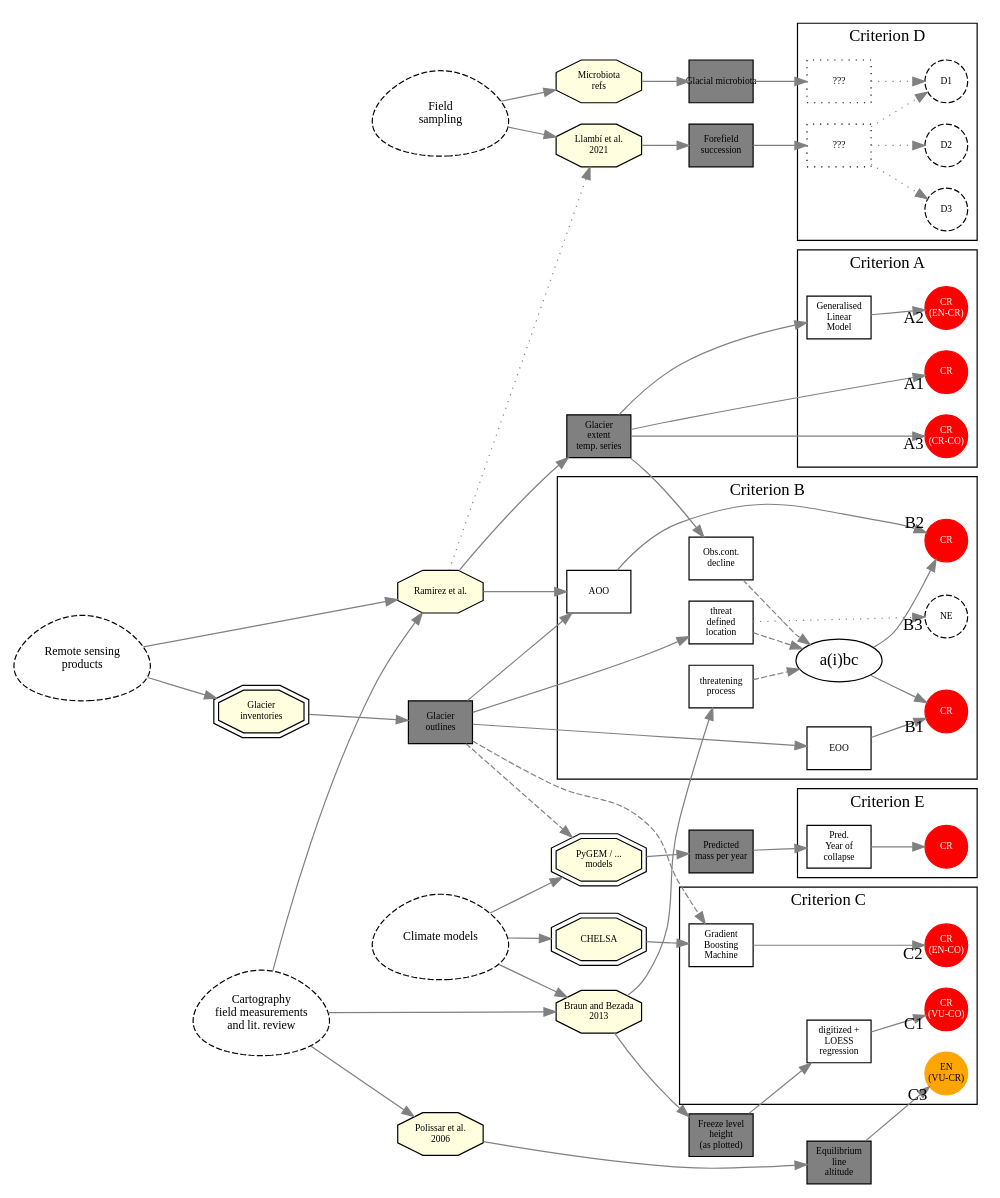
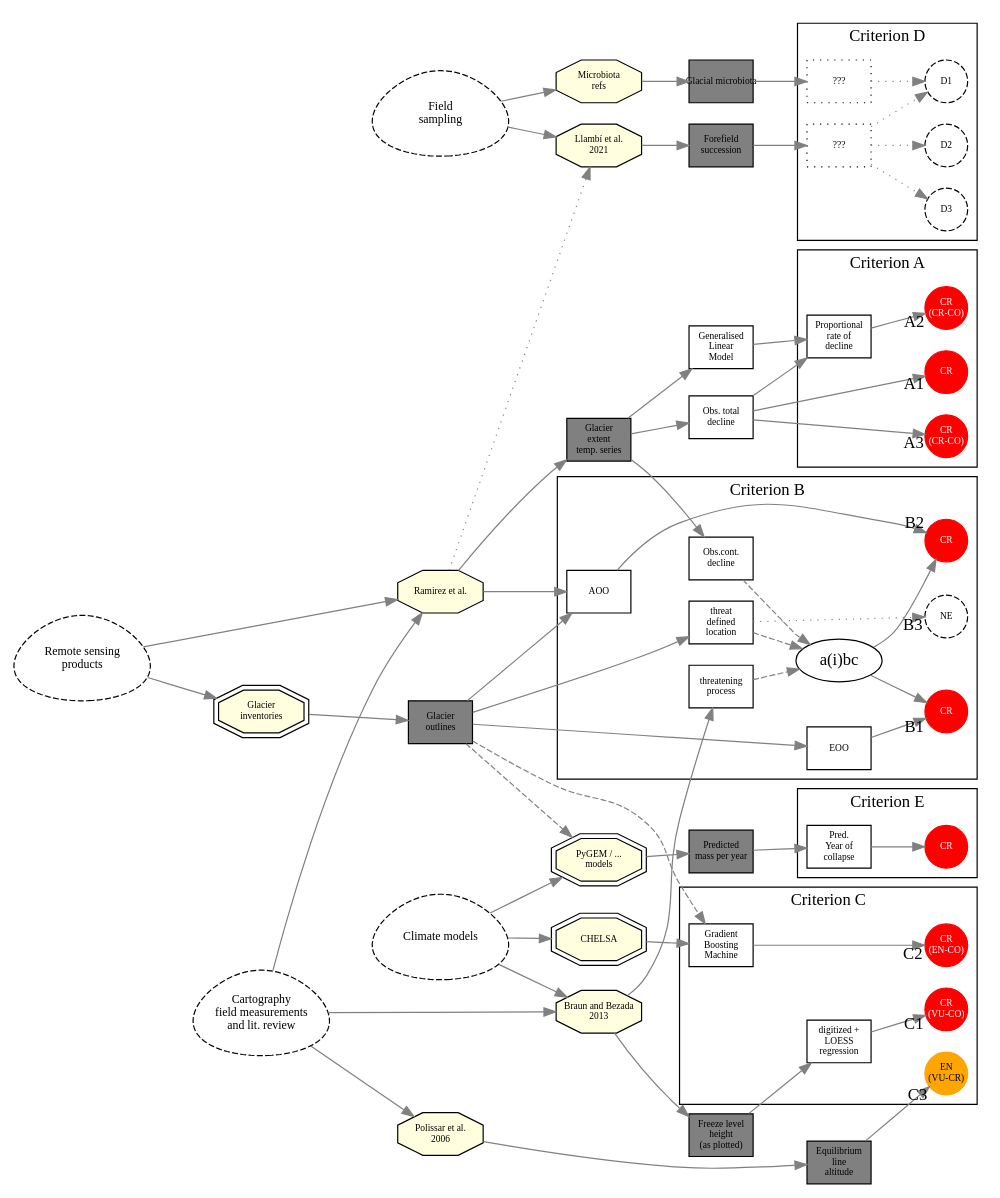
One commit to red-list-ecosystem/T6.1-SA-01-VE-01-Cordillera-Merida changed the diagram in assets/Data-sources-Venezuela.gv. Above: the diagram before and after it, drawn with Graphviz. The commit also changed 1 other file, not shown here.

```diff
--- a/assets/Data-sources-Venezuela.gv
+++ b/assets/Data-sources-Venezuela.gv
@@ -1,127 +1,130 @@
 digraph G {
     compound=true; #nodesep=1.0;
     newrank=true;
     rankdir=LR;
     #layout=twopi;
   edge [color="grey"]
     { node [ shape=octagon fontsize=8 fixedsize=true fillcolor=lightyellow style=filled width=1]
         PUB1 [label="Ramirez et al.\n"]
         PUB3 [label="Braun and Bezada\n2013"]
         PUB4 [label="Polissar et al.\n 2006"]
         PUB7 [label="Llambí et al.\n2021"]
         PUB8 [label="Microbiota\nrefs"]
     }
     { node [ shape=doubleoctagon fontsize=8 fixedsize=true fillcolor=lightyellow style=filled width=1]
         PUB2 [label="Glacier\ninventories"]
         PUB5 [label="PyGEM / ...\nmodels" ]
         PUB6 [label="CHELSA"]
         
     }
      { node [ shape=circle fontsize=8 fixedsize=true style=filled]
       A1 [label="CR" color=red fontcolor="white"]
-      A2 [label="CR\n(EN-CR)" color=red fontcolor="white"]
+      A2 [label="CR\n(CR-CO)" color=red fontcolor="white"]
       A3 [label="CR\n(CR-CO)" color=red fontcolor="white"]
       B1 [label="CR" color=red fontcolor="white"]
       B2 [label="CR" color=red fontcolor="white"]
       B3 [label="NE" style="dashed"]
       C1 [label="CR\n(VU-CO)" color="red" fontcolor="white"]
       C2 [label="CR\n(EN-CO)" color="red" fontcolor="white"]
       C3 [label="EN\n(VU-CR)" color="orange"]
       D1 [style="dashed"]
       D2 [style="dashed"]
       D3 [style="dashed"]
       E [label="CR" color=red fontcolor="white"]
     }
     {node [ shape=box fontsize=8 fixedsize=true fillcolor=grey style=filled]
       data [label="Glacier\nextent\ntemp. series"]
        pols [label="Glacier\noutlines"]
         ELA [label="Equilibrium\nline\naltitude"]
     FLH [label="Freeze level\nheight\n(as plotted)"]
     mass [label="Predicted\nmass per year"]
     FORE [label="Forefield\nsuccession"]
     MICRO [label="Glacial microbiota"]
     }
     {node [ shape=box fontsize=8 fixedsize=true]
      model [label="Generalised\nLinear\nModel"]
      decline[label="Obs.cont.\ndecline"]
+     OTD[label="Obs. total\ndecline"]
+     PRD[label="Proportional\nrate of\ndecline"]
       threat[label="threatening\nprocess"]
       locs[label="threat\ndefined\nlocation"]
       loess [label="digitized +\nLOESS\nregression"]
       yoc [label="Pred.\nYear of\ncollapse"]
       GBM [label="Gradient\nBoosting\nMachine"]
      AOO
      EOO
      FOREQ1 [label="???" style=dotted]
     MICROQ2 [label="???" style=dotted]
     }
     {node [ shape=egg fontsize=10 fixedsize=true style=dashed width=1.5 height=1]
     GCM [label="Climate models"]
     GIS [label="Cartography\nfield measurements\nand lit. review"]
     RS [label="Remote sensing\nproducts"]
     FIELD [label="Field\nsampling"]
     }
     PUB1 -> data
     
-    data -> model
+    data -> OTD -> PRD
+    data -> model -> PRD
     data -> decline
-    data -> A1 [headlabel="A1"]
-      data -> A3 [headlabel="A3"]
+    OTD -> A1 [headlabel="A1"]
+      OTD -> A3 [headlabel="A3"]
     subgraph cluster_critA {
       label="Criterion A"
       
       {rank="same"; A1 A2 A3}
-      model -> A2 [headlabel="A2"]
+      PRD -> A2 [headlabel="A2"]
       A1 -> A2 -> A3 [style=invis; rank="same"]
     }
     PUB2 -> pols -> locs
     PUB3 -> threat
     {pols;PUB1} -> AOO 
     pols -> EOO 
     subgraph cluster_critB {
       label="Criterion B"
       subgraph cluster_litts {
         label=""; pencolor=invis
         locs -> litts [style=dashed]
         decline -> litts [style=dashed]
         threat -> litts [style=dashed]
         litts [label="a(i)bc"]
       }
       litts -> {B1;B2}
       AOO -> B2 [headlabel="B2"]
       EOO -> B1 [headlabel="B1"]
       locs -> B3 [headlabel="B3" style=dotted]
     }
     PUB3 -> FLH -> loess
     PUB4 -> ELA
     ELA -> C3 [headlabel="C3"]
     PUB6 -> GBM
     pols -> GBM [style=dashed]
     subgraph cluster_critC {
       label="Criterion C"
       loess -> C1 [headlabel="C1"]
       GBM -> C2 [headlabel="C2"]
       {rank="same"; C1 C2 C3}
       
     }
     PUB7 -> FORE
     PUB8 -> MICRO
     FORE -> FOREQ1
     MICRO -> MICROQ2
     subgraph cluster_critD {
       label="Criterion D"
       MICROQ2 -> {D1} [style=dotted]
       FOREQ1 -> {D1;D2;D3} [style=dotted]
     }
     PUB5 -> mass -> yoc
      pols -> PUB5 [style=dashed]
     subgraph cluster_critE {
       label="Criterion E" pos="bottom"
       yoc -> E
     }
     GCM -> {PUB6;PUB3;PUB5}
     RS -> {PUB1;PUB2}
     GIS -> {PUB1;PUB3;PUB4}
     FIELD -> {PUB7;PUB8}
     PUB1 -> PUB7 [style=dotted]
   {rank="same"; A1 A2 A3 B1 B2 B3 D1 D2 D3 C1 C2 C3 E}
 }
```
